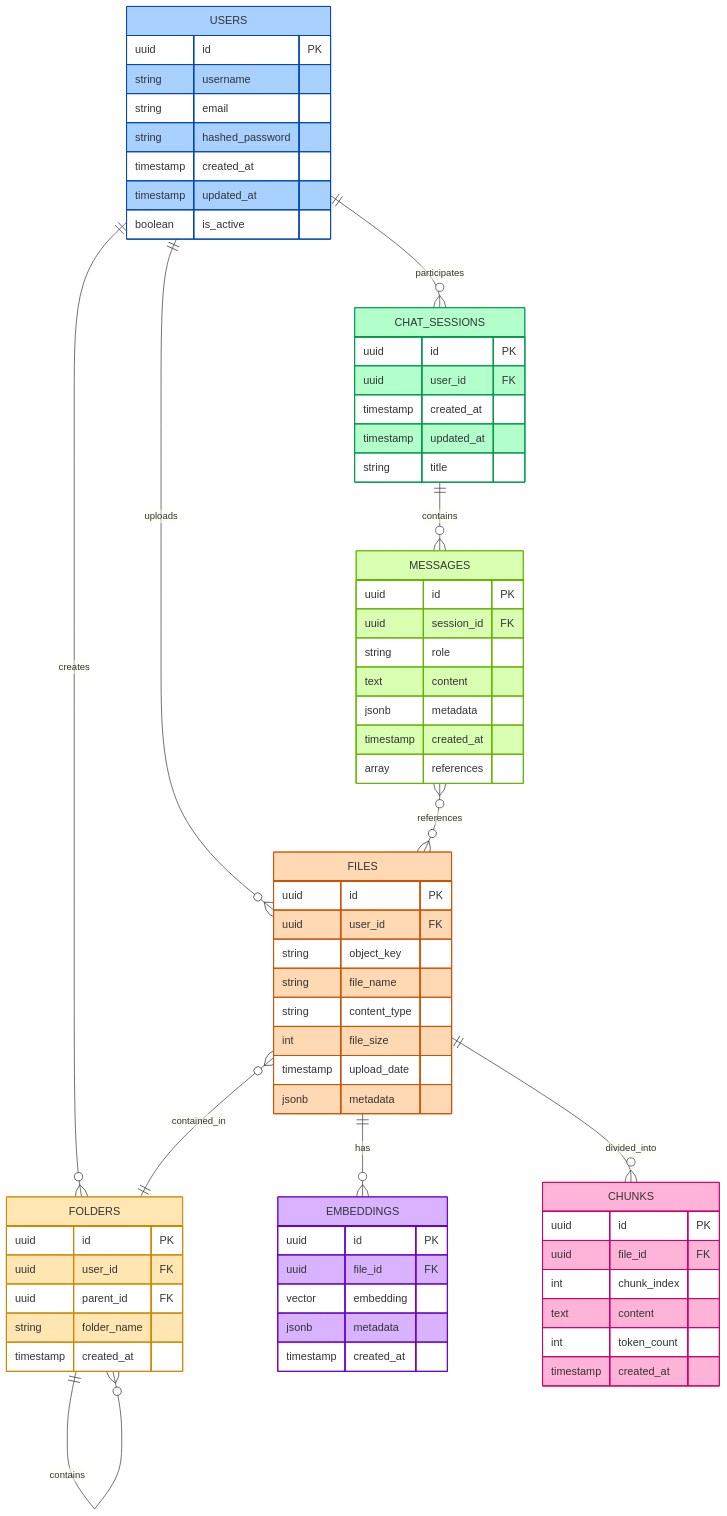
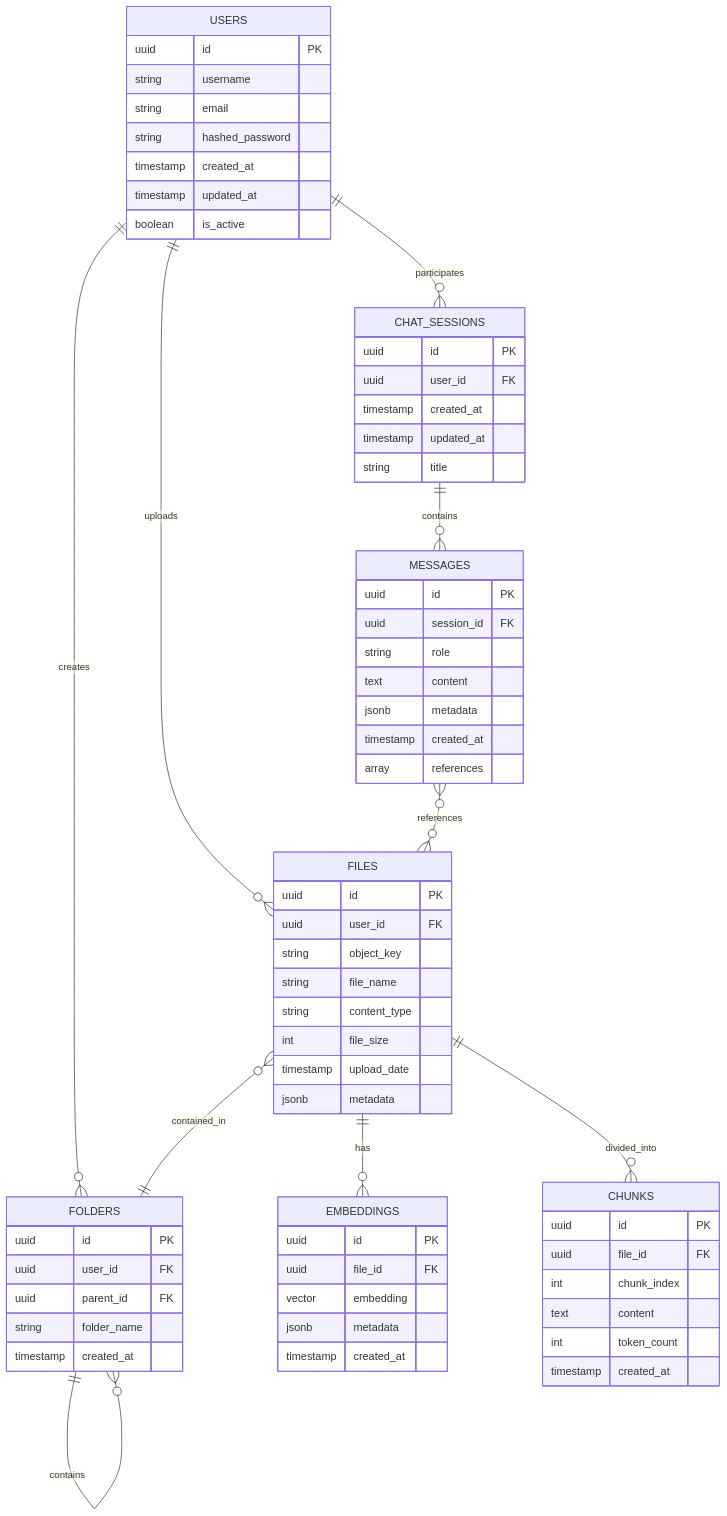
One commit to dotref/paper-machine changed the diagram in diagrams/data_model_diagram.md. Above: the diagram before and after it, drawn with Mermaid. The commit also changed 2 other files, not shown here.

Commit message:
fixed bugs, created new simplified diagram

````diff
--- a/diagrams/data_model_diagram.md
+++ b/diagrams/data_model_diagram.md
@@ -64,7 +64,7 @@
         array references
     }
     
-    %% Entity relationships with improved colors
+    %% Entity relationships
     USERS ||--o{ FILES : "uploads" 
     USERS ||--o{ FOLDERS : "creates"
     USERS ||--o{ CHAT_SESSIONS : "participates"
@@ -77,21 +77,4 @@
     
     CHAT_SESSIONS ||--o{ MESSAGES : "contains"
     MESSAGES }o--o{ FILES : "references"
-    
-    %% Entity attribute styling
-    classDef users fill:#a8d1ff,stroke:#0047b3
-    classDef files fill:#ffd9b3,stroke:#cc5200
-    classDef folders fill:#ffe6b3,stroke:#cc8800
-    classDef embeddings fill:#d9b3ff,stroke:#6600cc
-    classDef chunks fill:#ffb3d9,stroke:#cc0066
-    classDef chat fill:#b3ffcc,stroke:#00994d
-    classDef messages fill:#d9ffb3,stroke:#66b300
-    
-    class USERS users
-    class FILES files
-    class FOLDERS folders
-    class EMBEDDINGS embeddings
-    class CHUNKS chunks
-    class CHAT_SESSIONS chat
-    class MESSAGES messages
 ``` 
````
